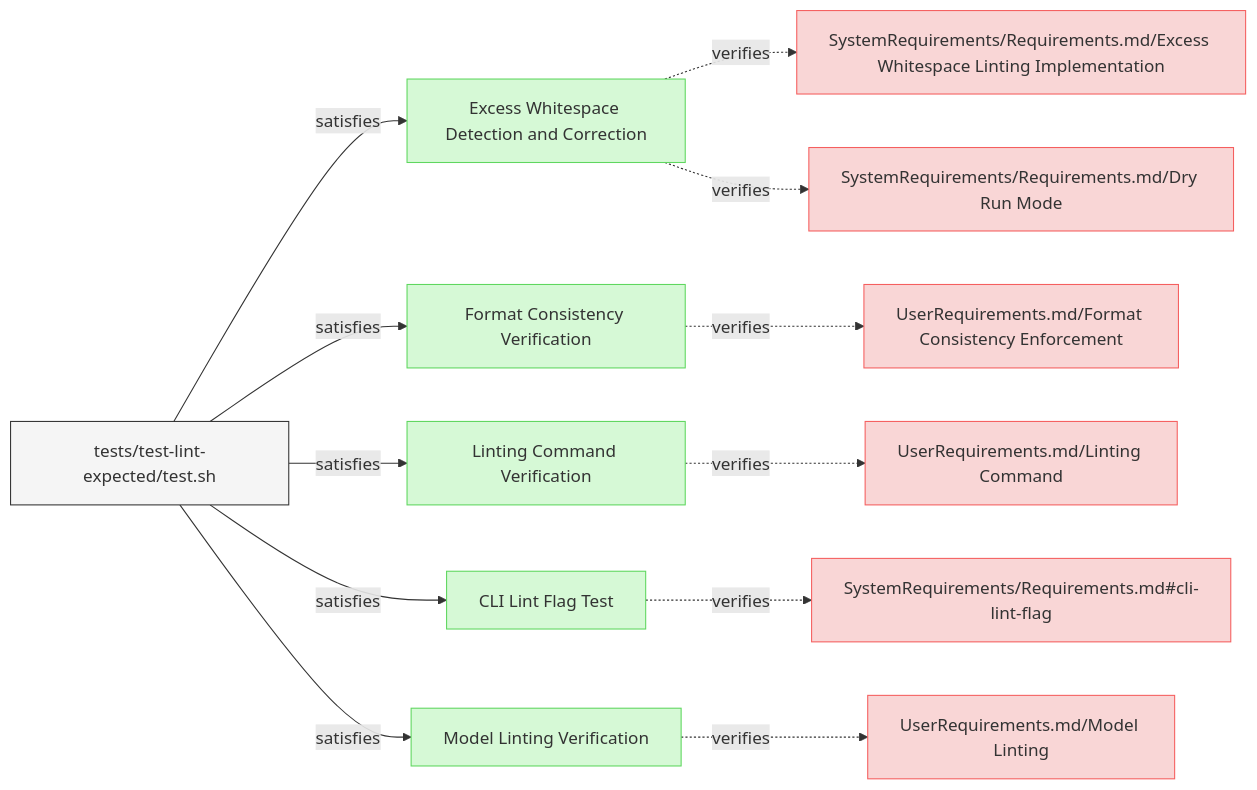
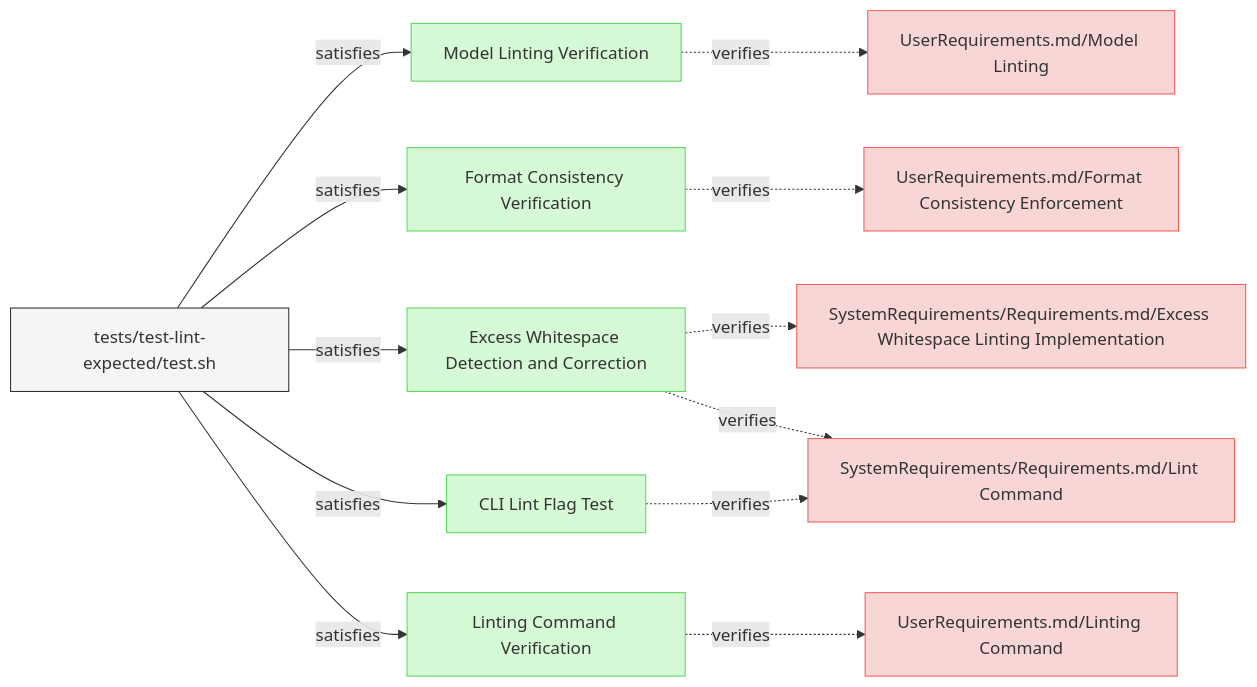
One commit to reqvire-org/reqvire changed the first of 3 diagrams in specifications/Verifications/LintingTests.md. Above: the diagram before and after it, drawn with Mermaid. The commit also changed other lines of this file and 29 other files, not shown here.

````diff
--- a/specifications/Verifications/LintingTests.md
+++ b/specifications/Verifications/LintingTests.md
@@ -6,68 +6,65 @@
 ```mermaid
 graph LR;
   %% Graph styling
   classDef requirement fill:#f9d6d6,stroke:#f55f5f,stroke-width:1px;
   classDef verification fill:#d6f9d6,stroke:#5fd75f,stroke-width:1px;
   classDef externalLink fill:#d0e0ff,stroke:#3080ff,stroke-width:1px;
   classDef default fill:#f5f5f5,stroke:#333333,stroke-width:1px;
 
-  37dbb69e504fec9d["Excess Whitespace Detection and Correction"];
-  class 37dbb69e504fec9d verification;
-  click 37dbb69e504fec9d "LintingTests.md#excess-whitespace-detection-and-correction";
-  9f473f6e0b993cac["SystemRequirements/Requirements.md/Excess Whitespace Linting Implementation"];
-  class 9f473f6e0b993cac requirement;
-  click 9f473f6e0b993cac "../SystemRequirements/Requirements.md#excess-whitespace-linting-implementation";
-  37dbb69e504fec9d -.->|verifies| 9f473f6e0b993cac;
-  e4ccc71cd6ef4e9e["SystemRequirements/Requirements.md/Dry Run Mode"];
-  class e4ccc71cd6ef4e9e requirement;
-  click e4ccc71cd6ef4e9e "../SystemRequirements/Requirements.md#dry-run-mode";
-  37dbb69e504fec9d -.->|verifies| e4ccc71cd6ef4e9e;
+  6481e4ca8c4d6920["Model Linting Verification"];
+  class 6481e4ca8c4d6920 verification;
+  click 6481e4ca8c4d6920 "LintingTests.md#model-linting-verification";
+  7305c1d6f7f1e2b2["UserRequirements.md/Model Linting"];
+  class 7305c1d6f7f1e2b2 requirement;
+  click 7305c1d6f7f1e2b2 "../UserRequirements.md#model-linting";
+  6481e4ca8c4d6920 -.->|verifies| 7305c1d6f7f1e2b2;
   a606311f33e42901["tests/test-lint-expected/test.sh"];
   class a606311f33e42901 default;
   click a606311f33e42901 "../../tests/test-lint-expected/test.sh";
-  a606311f33e42901 -->|satisfies| 37dbb69e504fec9d;
+  a606311f33e42901 -->|satisfies| 6481e4ca8c4d6920;
   b8bfbd5ccf026b31["Format Consistency Verification"];
   class b8bfbd5ccf026b31 verification;
   click b8bfbd5ccf026b31 "LintingTests.md#format-consistency-verification";
   974ccf933675ef44["UserRequirements.md/Format Consistency Enforcement"];
   class 974ccf933675ef44 requirement;
   click 974ccf933675ef44 "../UserRequirements.md#format-consistency-enforcement";
   b8bfbd5ccf026b31 -.->|verifies| 974ccf933675ef44;
   a606311f33e42901["tests/test-lint-expected/test.sh"];
   class a606311f33e42901 default;
   click a606311f33e42901 "../../tests/test-lint-expected/test.sh";
   a606311f33e42901 -->|satisfies| b8bfbd5ccf026b31;
+  37dbb69e504fec9d["Excess Whitespace Detection and Correction"];
+  class 37dbb69e504fec9d verification;
+  click 37dbb69e504fec9d "LintingTests.md#excess-whitespace-detection-and-correction";
+  9f473f6e0b993cac["SystemRequirements/Requirements.md/Excess Whitespace Linting Implementation"];
+  class 9f473f6e0b993cac requirement;
+  click 9f473f6e0b993cac "../SystemRequirements/Requirements.md#excess-whitespace-linting-implementation";
+  37dbb69e504fec9d -.->|verifies| 9f473f6e0b993cac;
+  deaec107945edbed["SystemRequirements/Requirements.md/Lint Command"];
+  class deaec107945edbed requirement;
+  click deaec107945edbed "../SystemRequirements/Requirements.md#lint-command";
+  37dbb69e504fec9d -.->|verifies| deaec107945edbed;
+  a606311f33e42901["tests/test-lint-expected/test.sh"];
+  class a606311f33e42901 default;
+  click a606311f33e42901 "../../tests/test-lint-expected/test.sh";
+  a606311f33e42901 -->|satisfies| 37dbb69e504fec9d;
   a8037b2df81f02be["Linting Command Verification"];
   class a8037b2df81f02be verification;
   click a8037b2df81f02be "LintingTests.md#linting-command-verification";
   a51179cda67cf9f2["UserRequirements.md/Linting Command"];
   class a51179cda67cf9f2 requirement;
   click a51179cda67cf9f2 "../UserRequirements.md#linting-command";
   a8037b2df81f02be -.->|verifies| a51179cda67cf9f2;
   a606311f33e42901["tests/test-lint-expected/test.sh"];
   class a606311f33e42901 default;
   click a606311f33e42901 "../../tests/test-lint-expected/test.sh";
   a606311f33e42901 -->|satisfies| a8037b2df81f02be;
   706dca24b7cc1eb8["CLI Lint Flag Test"];
   class 706dca24b7cc1eb8 verification;
   click 706dca24b7cc1eb8 "LintingTests.md#cli-lint-flag-test";
-  7d3a6a25db09c1b2["SystemRequirements/Requirements.md#cli-lint-flag"];
-  class 7d3a6a25db09c1b2 requirement;
-  click 7d3a6a25db09c1b2 "../SystemRequirements/Requirements.md#cli-lint-flag";
-  706dca24b7cc1eb8 -.->|verifies| 7d3a6a25db09c1b2;
+  706dca24b7cc1eb8 -.->|verifies| deaec107945edbed;
   a606311f33e42901["tests/test-lint-expected/test.sh"];
   class a606311f33e42901 default;
   click a606311f33e42901 "../../tests/test-lint-expected/test.sh";
   a606311f33e42901 -->|satisfies| 706dca24b7cc1eb8;
-  6481e4ca8c4d6920["Model Linting Verification"];
-  class 6481e4ca8c4d6920 verification;
-  click 6481e4ca8c4d6920 "LintingTests.md#model-linting-verification";
-  7305c1d6f7f1e2b2["UserRequirements.md/Model Linting"];
-  class 7305c1d6f7f1e2b2 requirement;
-  click 7305c1d6f7f1e2b2 "../UserRequirements.md#model-linting";
-  6481e4ca8c4d6920 -.->|verifies| 7305c1d6f7f1e2b2;
-  a606311f33e42901["tests/test-lint-expected/test.sh"];
-  class a606311f33e42901 default;
-  click a606311f33e42901 "../../tests/test-lint-expected/test.sh";
-  a606311f33e42901 -->|satisfies| 6481e4ca8c4d6920;
 ```
````
